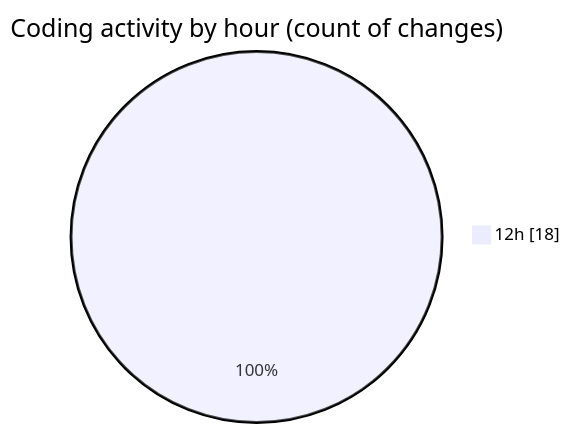
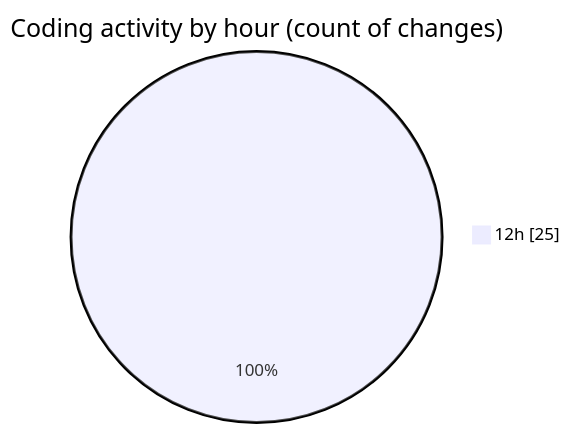
One commit to momahboobian/code-tracking changed the second of 2 diagrams in 2025-12-02/cda/README.md. Above: the diagram before and after it, drawn with Mermaid. The commit also changed other lines of this file and 1 other file, not shown here.

````diff
--- a/2025-12-02/cda/README.md
+++ b/2025-12-02/cda/README.md
@@ -31,5 +31,5 @@
 ```mermaid
 pie showData
 title Coding activity by hour (count of changes)
-"12h" : 18
+"12h" : 25
 ```
````
